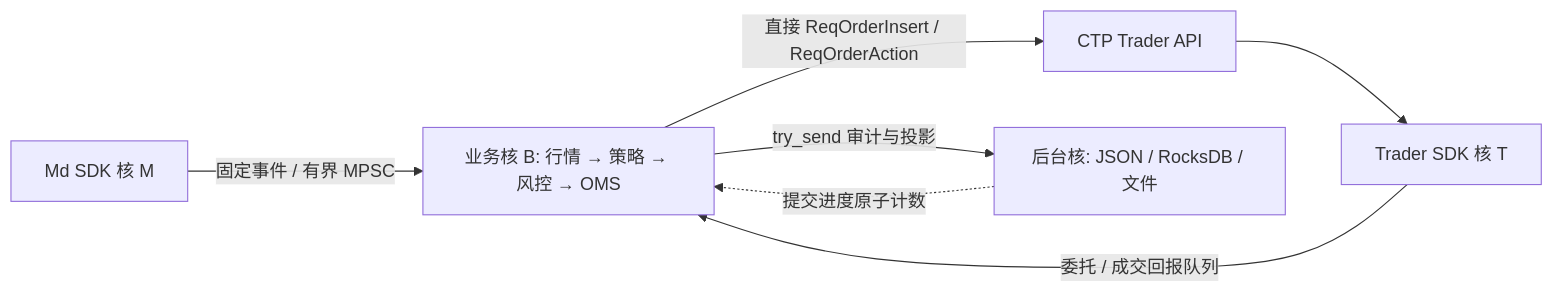
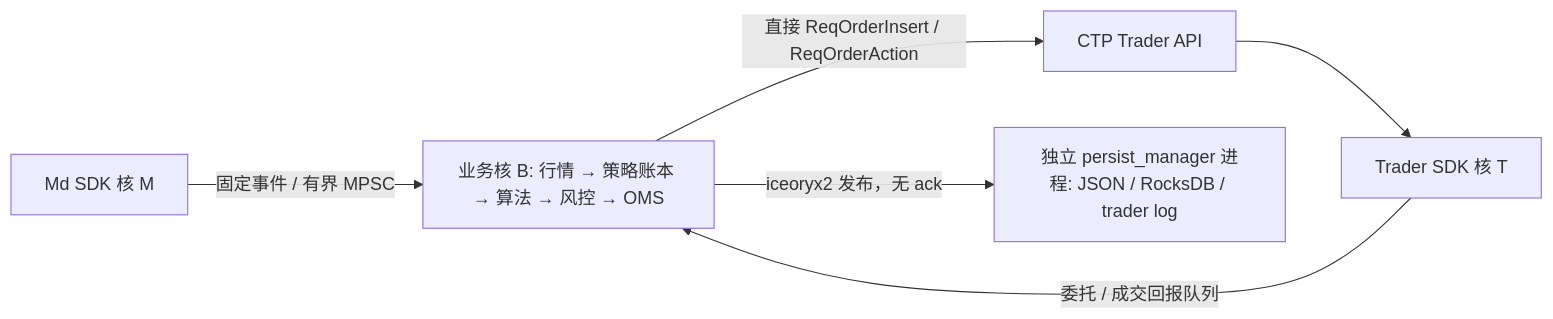
The diagram in docs/ctp_layout.md (fangwater/mkt_signal), drawn with Mermaid before and after one commit. The commit also changed other lines of this file and 121 other files, not shown here.

````diff
--- a/docs/ctp_layout.md
+++ b/docs/ctp_layout.md
@@ -18,9 +18,8 @@
 ```mermaid
 flowchart LR
-    M[Md SDK 核 M] -->|固定事件 / 有界 MPSC| B[业务核 B: 行情 → 策略 → 风控 → OMS]
+    M[Md SDK 核 M] -->|固定事件 / 有界 MPSC| B[业务核 B: 行情 → 策略账本 → 算法 → 风控 → OMS]
     B -->|直接 ReqOrderInsert / ReqOrderAction| T[CTP Trader API]
     T --> W[Trader SDK 核 T]
     W -->|委托 / 成交回报队列| B
-    B -->|try_send 审计与投影| IO[后台核: JSON / RocksDB / 文件]
-    IO -.->|提交进度原子计数| B
+    B -->|iceoryx2 发布，无 ack| PM[独立 persist_manager 进程: JSON / RocksDB / trader log]
 ```
````
